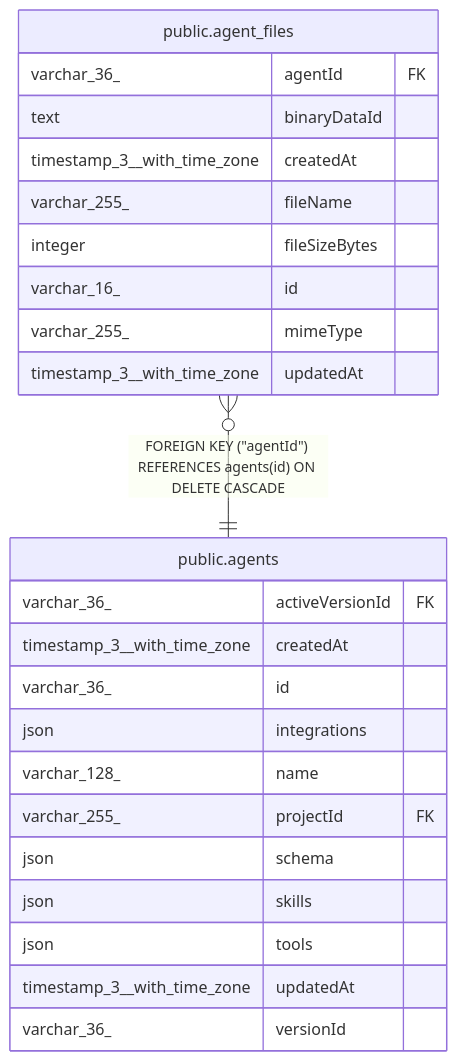
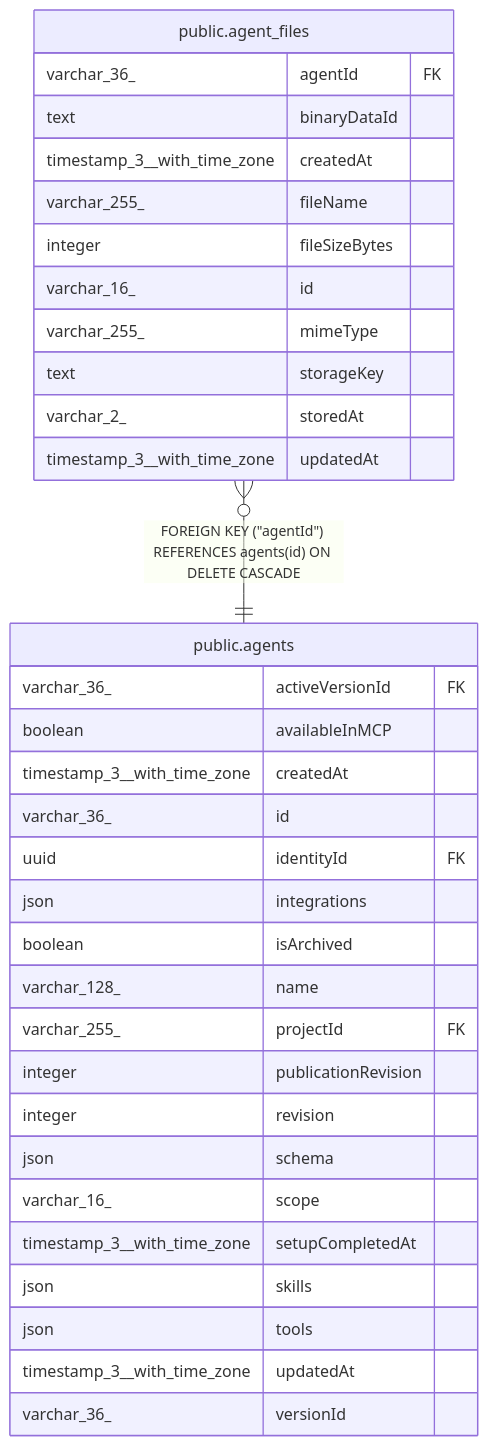
One commit to koreatest12/studys changed the diagram in n8n_integration/n8n_source/docs/generated/postgres-schema/public.agent_files.md. Above: the diagram before and after it, drawn with Mermaid. The commit also changed other lines of this file and 23019 other files, not shown here.

````diff
--- a/n8n_integration/n8n_source/docs/generated/postgres-schema/public.agent_files.md
+++ b/n8n_integration/n8n_source/docs/generated/postgres-schema/public.agent_files.md
@@ -42,29 +46,38 @@
 ```mermaid
 erDiagram
 
 "public.agent_files" }o--|| "public.agents" : "FOREIGN KEY (#quot;agentId#quot;) REFERENCES agents(id) ON DELETE CASCADE"
 
 "public.agent_files" {
   varchar_36_ agentId FK
   text binaryDataId
   timestamp_3__with_time_zone createdAt
   varchar_255_ fileName
   integer fileSizeBytes
   varchar_16_ id
   varchar_255_ mimeType
+  text storageKey
+  varchar_2_ storedAt
   timestamp_3__with_time_zone updatedAt
 }
 "public.agents" {
   varchar_36_ activeVersionId FK
+  boolean availableInMCP
   timestamp_3__with_time_zone createdAt
   varchar_36_ id
+  uuid identityId FK
   json integrations
+  boolean isArchived
   varchar_128_ name
   varchar_255_ projectId FK
+  integer publicationRevision
+  integer revision
   json schema
+  varchar_16_ scope
+  timestamp_3__with_time_zone setupCompletedAt
   json skills
   json tools
   timestamp_3__with_time_zone updatedAt
   varchar_36_ versionId
 }
 ```
````
